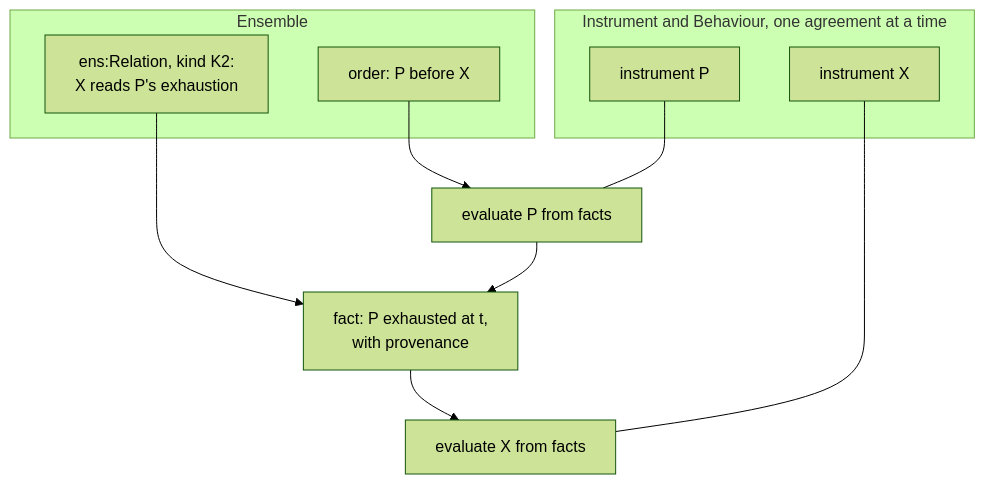
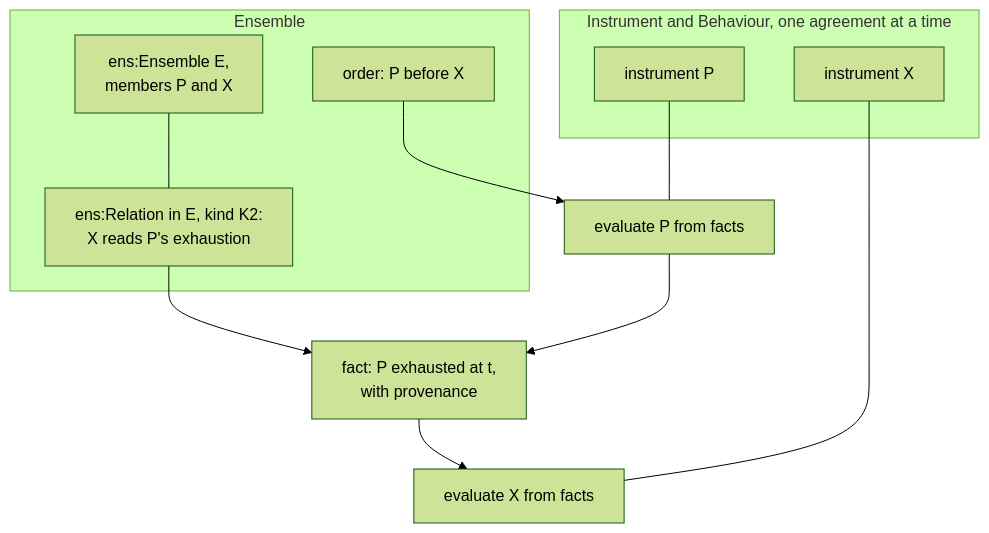
The diagram in docs/architecture/decisions/ADR-A130-ensemble-layer.md (nebularis/lattice), drawn with Mermaid (forest theme) before and after one commit. The commit also changed other lines of this file and 8 other files, not shown here.

````diff
--- a/docs/architecture/decisions/ADR-A130-ensemble-layer.md
+++ b/docs/architecture/decisions/ADR-A130-ensemble-layer.md
@@ -71,17 +128,19 @@
 ```mermaid
 flowchart TB
   subgraph ENS["Ensemble"]
-    REL["ens:Relation, kind K2:<br/>X reads P's exhaustion"]
+    E["ens:Ensemble E,<br/>members P and X"]
+    REL["ens:Relation in E, kind K2:<br/>X reads P's exhaustion"]
     ORD["order: P before X"]
+    E --- REL
   end
   subgraph SUB["Instrument and Behaviour, one agreement at a time"]
     P["instrument P"]
     X["instrument X"]
   end
   ORD --> EP["evaluate P from facts"]
   EP --> F["fact: P exhausted at t,<br/>with provenance"]
   REL --> F
   F --> EX["evaluate X from facts"]
   P --- EP
   X --- EX
 ```
````
